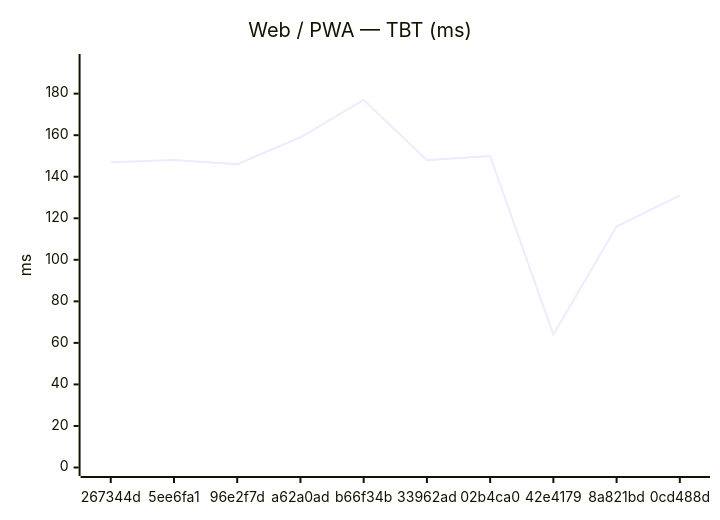
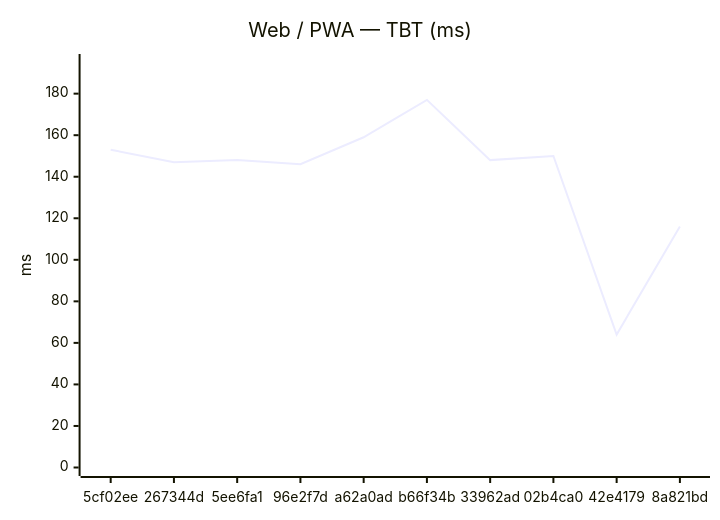
One commit to Metaheurist/Rianell changed the second of 18 diagrams in benchmarks/compare.md. Above: the diagram before and after it, drawn with Mermaid. The commit also changed other lines of this file and 11 other files, not shown here.

````diff
--- a/benchmarks/compare.md
+++ b/benchmarks/compare.md
@@ -31,7 +31,7 @@
 ```mermaid
 xychart-beta
     title "Web / PWA — TBT (ms)"
-    x-axis ["267344d", "5ee6fa1", "96e2f7d", "a62a0ad", "b66f34b", "33962ad", "02b4ca0", "42e4179", "8a821bd", "0cd488d"]
+    x-axis ["5cf02ee", "267344d", "5ee6fa1", "96e2f7d", "a62a0ad", "b66f34b", "33962ad", "02b4ca0", "42e4179", "8a821bd"]
     y-axis "ms" 0 --> 195
-    line [147, 148, 146, 159, 177, 148, 150, 64, 116, 131]
+    line [153, 147, 148, 146, 159, 177, 148, 150, 64, 116]
 ```
````
